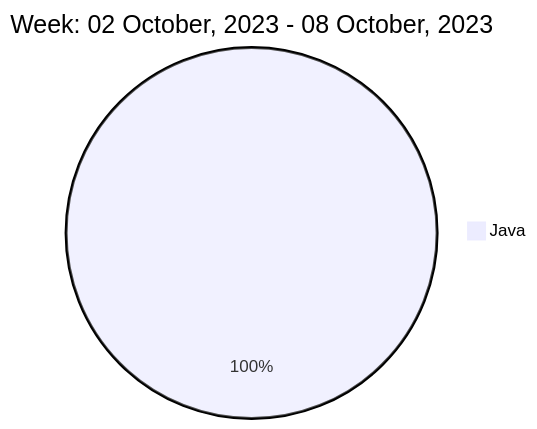
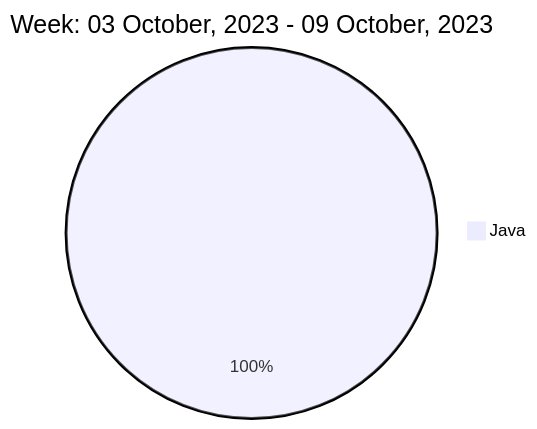
The diagram in README.md (liubin95/liubin95), drawn with Mermaid before and after one commit.

Commit message:
Updated the Graph with new Metrics

````diff
--- a/README.md
+++ b/README.md
@@ -40,5 +40,5 @@
 ```mermaid
  pie
-title Week: 02 October, 2023 - 08 October, 2023
- "Java" : 3.03
+title Week: 03 October, 2023 - 09 October, 2023
+ "Java" : 3.55
 ```
````
